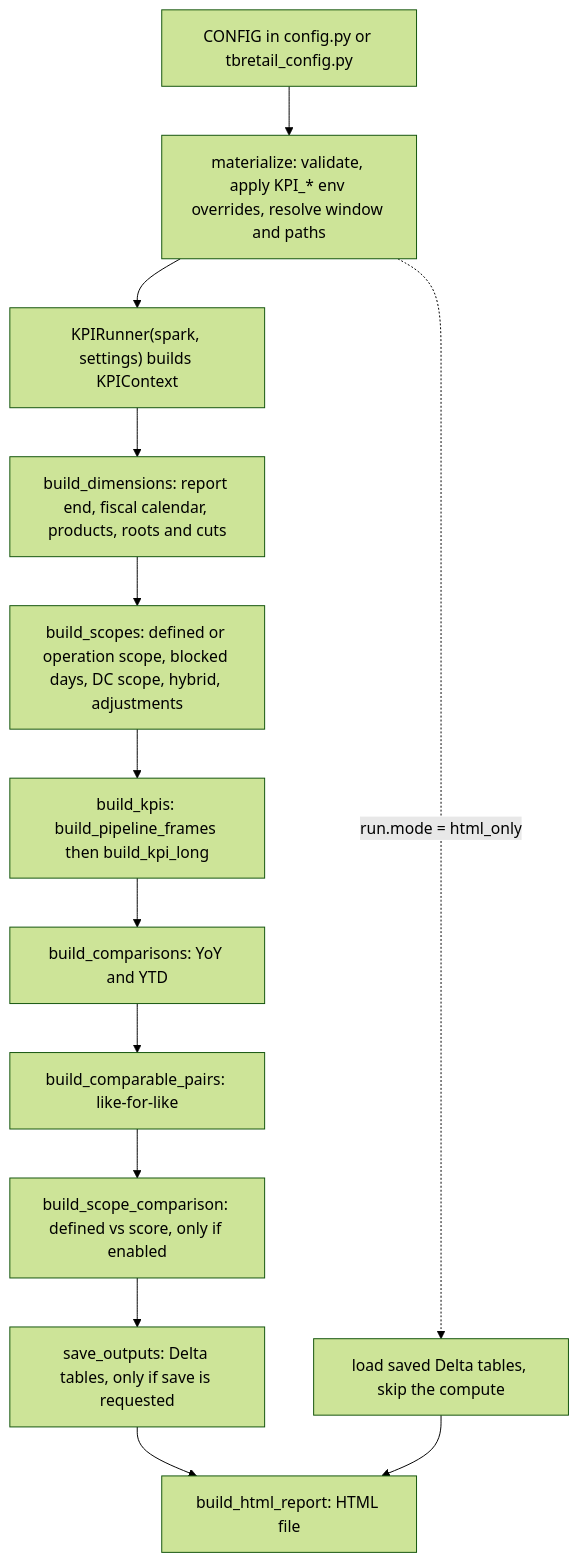
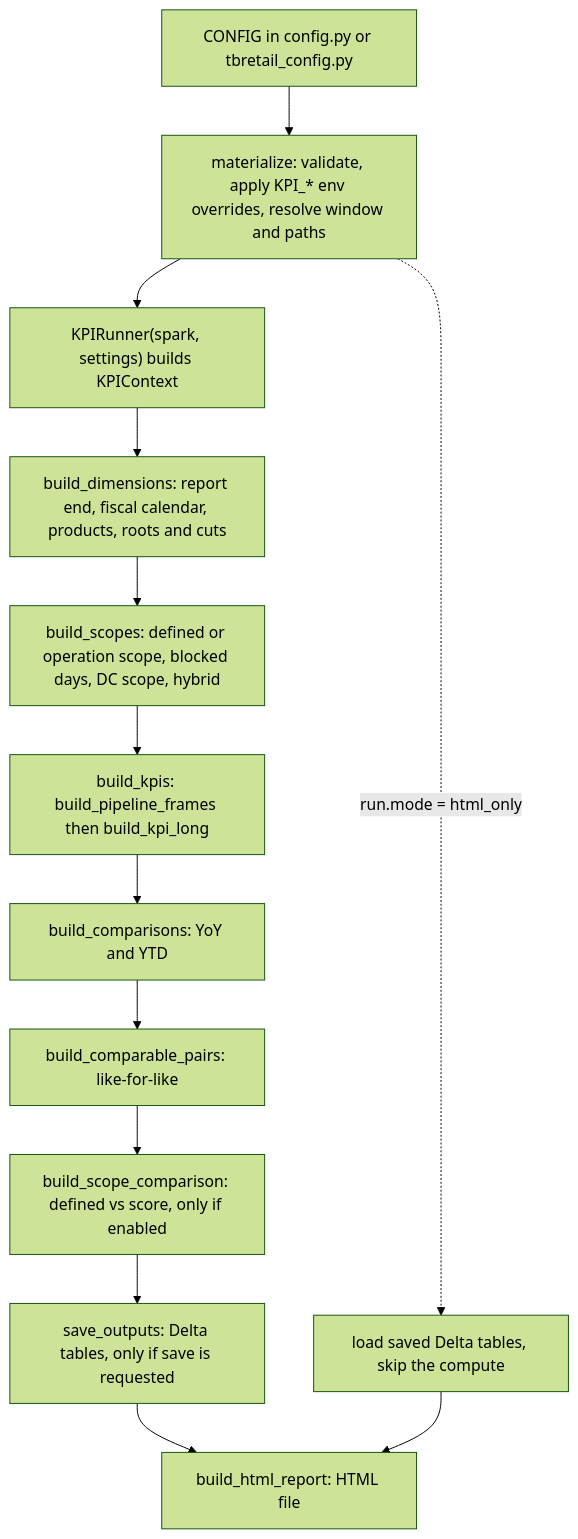
The diagram in docs/LOGIC_FLOW.md (mehlialkazmi-invent-DS/retail-insights-pipeline), drawn with Mermaid (forest theme) before and after one commit. The commit also changed other lines of this file and 11 other files, not shown here.

First line of the commit message:
Remove scope adjustments; scope comes only from the scope source

````diff
--- a/docs/LOGIC_FLOW.md
+++ b/docs/LOGIC_FLOW.md
@@ -16,15 +16,15 @@
 ```mermaid
 flowchart TD
     A["CONFIG in config.py or tbretail_config.py"] --> B["materialize: validate, apply KPI_* env overrides, resolve window and paths"]
     B --> C["KPIRunner(spark, settings) builds KPIContext"]
     C --> D["build_dimensions: report end, fiscal calendar, products, roots and cuts"]
-    D --> E["build_scopes: defined or operation scope, blocked days, DC scope, hybrid, adjustments"]
+    D --> E["build_scopes: defined or operation scope, blocked days, DC scope, hybrid"]
     E --> F["build_kpis: build_pipeline_frames then build_kpi_long"]
     F --> G["build_comparisons: YoY and YTD"]
     G --> H["build_comparable_pairs: like-for-like"]
     H --> I["build_scope_comparison: defined vs score, only if enabled"]
     I --> J["save_outputs: Delta tables, only if save is requested"]
     J --> K["build_html_report: HTML file"]
     B -. "run.mode = html_only" .-> L["load saved Delta tables, skip the compute"]
     L --> K
 ```
````
